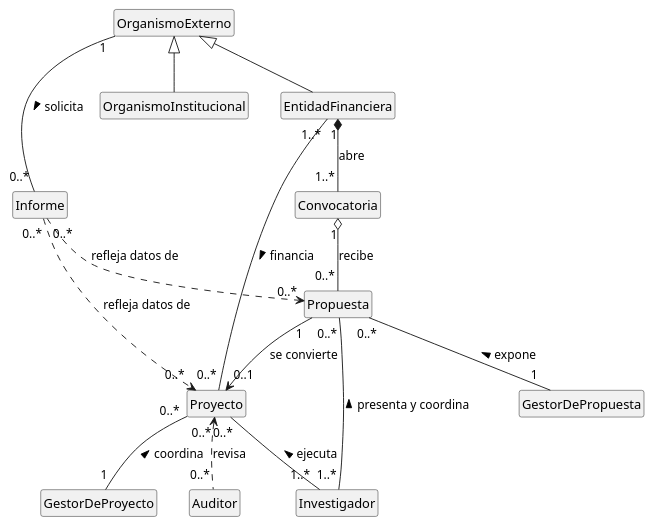
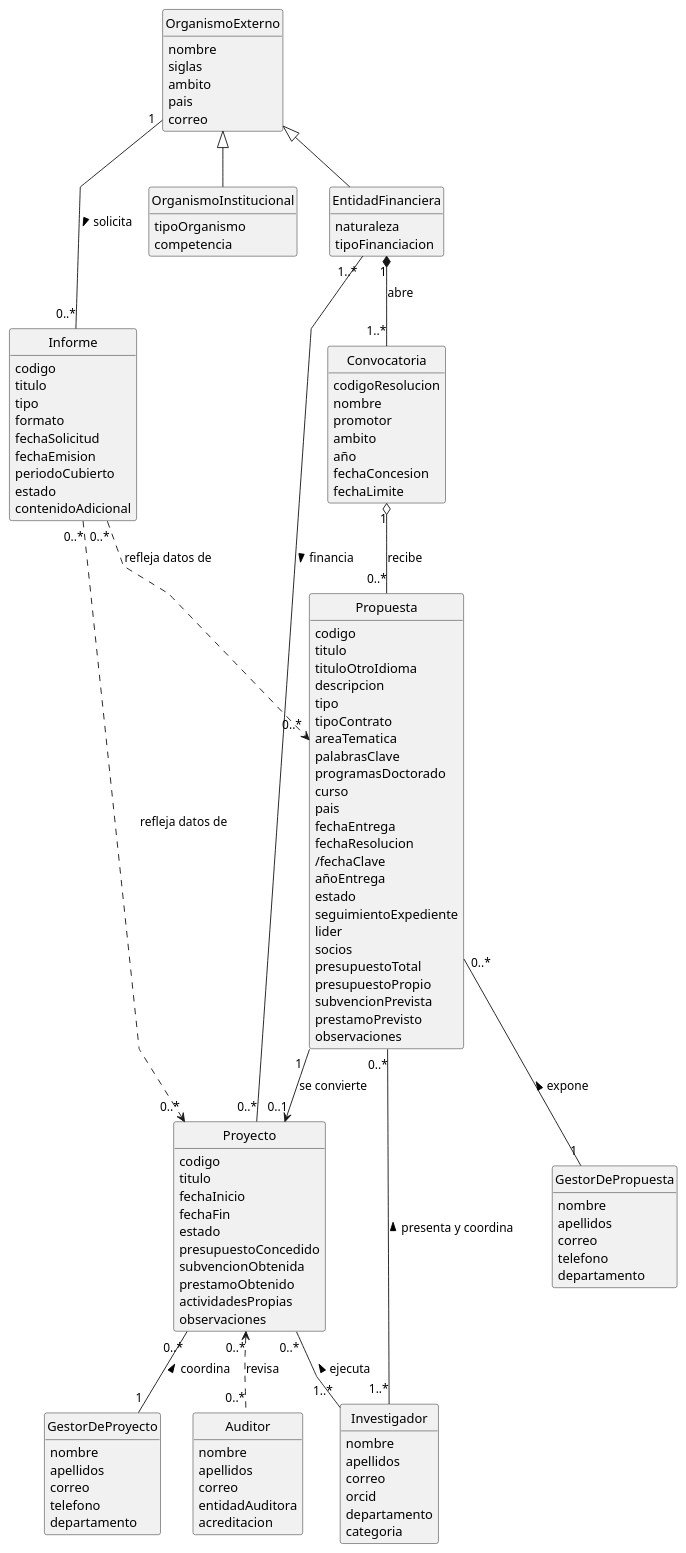
One commit to Angelo2272/26-27-IdSw1-SDR changed the diagram in modelosUML/00-modelo-del-dominio/diagrama-de-clases-formal.puml. Above: the diagram before and after it, drawn with PlantUML. The commit also changed 1 other file, not shown here.

Commit message:
docs: añadi atributos a Convocatoria, Propuesta, EntidadFinanciera, OrganismoExterno, OrganismoInstitucional, Informe, Investigador, Auditor, Proyecto, GestorDeProyecto, and GestorDePropuesta.

```diff
--- a/modelosUML/00-modelo-del-dominio/diagrama-de-clases-formal.puml
+++ b/modelosUML/00-modelo-del-dominio/diagrama-de-clases-formal.puml
@@ -1,48 +1,139 @@
 @startuml diagrama-de-clases-formal
 
 hide circle
 hide empty members
+skinparam linetype polyline
 
-class Convocatoria
+class Convocatoria {
+  codigoResolucion
+  nombre
+  promotor
+  ambito
+  año
+  fechaConcesion
+  fechaLimite
+}
 
-class Propuesta
+class Propuesta {
+  codigo
+  titulo
+  tituloOtroIdioma
+  descripcion
+  tipo
+  tipoContrato
+  areaTematica
+  palabrasClave
+  programasDoctorado
+  curso
+  pais
+  fechaEntrega
+  fechaResolucion
+  /fechaClave
+  añoEntrega
+  estado
+  seguimientoExpediente
+  lider
+  socios
+  presupuestoTotal
+  presupuestoPropio
+  subvencionPrevista
+  prestamoPrevisto
+  observaciones
+}
 
-class EntidadFinanciera
+class EntidadFinanciera {
+  naturaleza
+  tipoFinanciacion
+}
 
-class OrganismoExterno
+class OrganismoExterno {
+  nombre
+  siglas
+  ambito
+  pais
+  correo
+}
 
-class OrganismoInstitucional
+class OrganismoInstitucional {
+  tipoOrganismo
+  competencia
+}
 
-class Informe
+class Informe {
+  codigo
+  titulo
+  tipo
+  formato
+  fechaSolicitud
+  fechaEmision
+  periodoCubierto
+  estado
+  contenidoAdicional
+}
 
-class Investigador
+class Investigador {
+  nombre
+  apellidos
+  correo
+  orcid
+  departamento
+  categoria
+}
 
-class Auditor
+class Auditor {
+  nombre
+  apellidos
+  correo
+  entidadAuditora
+  acreditacion
+}
 
-class Proyecto
+class Proyecto {
+  codigo
+  titulo
+  fechaInicio
+  fechaFin
+  estado
+  presupuestoConcedido
+  subvencionObtenida
+  prestamoObtenido
+  actividadesPropias
+  observaciones
+}
 
-class GestorDeProyecto
+class GestorDeProyecto {
+  nombre
+  apellidos
+  correo
+  telefono
+  departamento
+}
 
-class GestorDePropuesta
+class GestorDePropuesta {
+  nombre
+  apellidos
+  correo
+  telefono
+  departamento
+}
 
 Propuesta "0..*" -d- "1" GestorDePropuesta : expone <
 Proyecto "0..*" -d- "1" GestorDeProyecto : coordina <
 
 OrganismoExterno <|-- EntidadFinanciera
 OrganismoExterno <|-- OrganismoInstitucional
 
-EntidadFinanciera "1" *-- "1..*" Convocatoria : abre 
-Propuesta "1" --> "0..1" Proyecto: se convierte 
-Convocatoria "1" o-- "0..*" Propuesta: recibe 
-Proyecto "0..*" <.d. "0..*" Auditor: revisa 
+EntidadFinanciera "1" *-- "1..*" Convocatoria : abre
+Propuesta "1" --> "0..1" Proyecto : se convierte
+Convocatoria "1" o-- "0..*" Propuesta : recibe
+Proyecto "0..*" <.d. "0..*" Auditor : revisa
 EntidadFinanciera "1..*" -- "0..*" Proyecto : financia >
 
 Propuesta "0..*" -d- "1..*" Investigador : presenta y coordina <
-Proyecto "0..*" -d- "1..*" Investigador: ejecuta <
+Proyecto "0..*" -d- "1..*" Investigador : ejecuta <
 
-OrganismoExterno "1" -d- "0..*" Informe: solicita > 
-Informe "0..*" ..> "0..*" Propuesta : refleja datos de 
-Informe "0..*" ..> "0..*" Proyecto : refleja datos de 
-
+OrganismoExterno "1" -d- "0..*" Informe : solicita >
+Informe "0..*" ..> "0..*" Propuesta : refleja datos de
+Informe "0..*" ..> "0..*" Proyecto : refleja datos de
 
 @enduml
```
